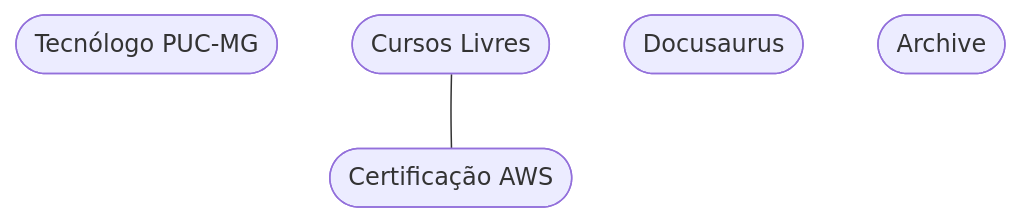
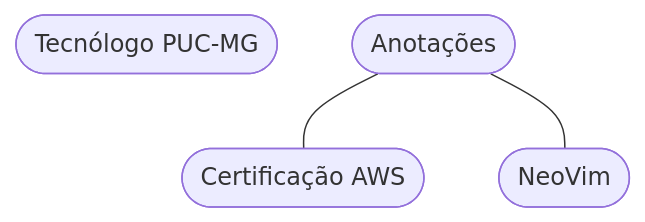
Before and after one commit to brunoruas2/ciencia_computacao: the diagram in docs/01-intro.mdx, drawn with Mermaid. The commit also changed 6 other files, not shown here.

````diff
--- a/docs/01-intro.mdx
+++ b/docs/01-intro.mdx
@@ -9,16 +9,15 @@
 ```mermaid
 flowchart
 	A([Tecnólogo PUC-MG])
-	B([Cursos Livres])
+	B([Anotações])
 	B1([Certificação AWS])
-	C([Docusaurus])
-	D([Archive])
+	B2([NeoVim])
 
 	B --- B1
+    B --- B2
 
 	click A "puc/intro"
 	click B "category/cursos-livres"
-	click C "category/tutorial-docusaurus"
 	click B1 "category/aws-skill-builder"
-	click D "category/archive"
+	click B2 "category/neovim"
 ```
````
